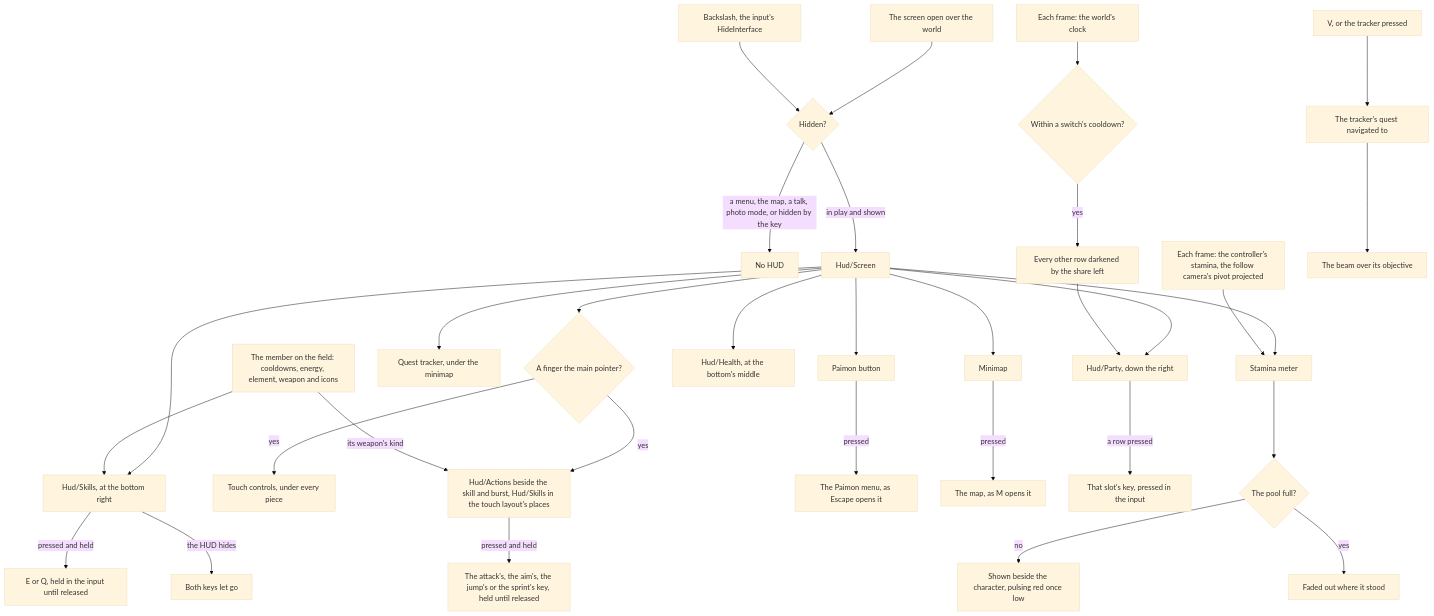
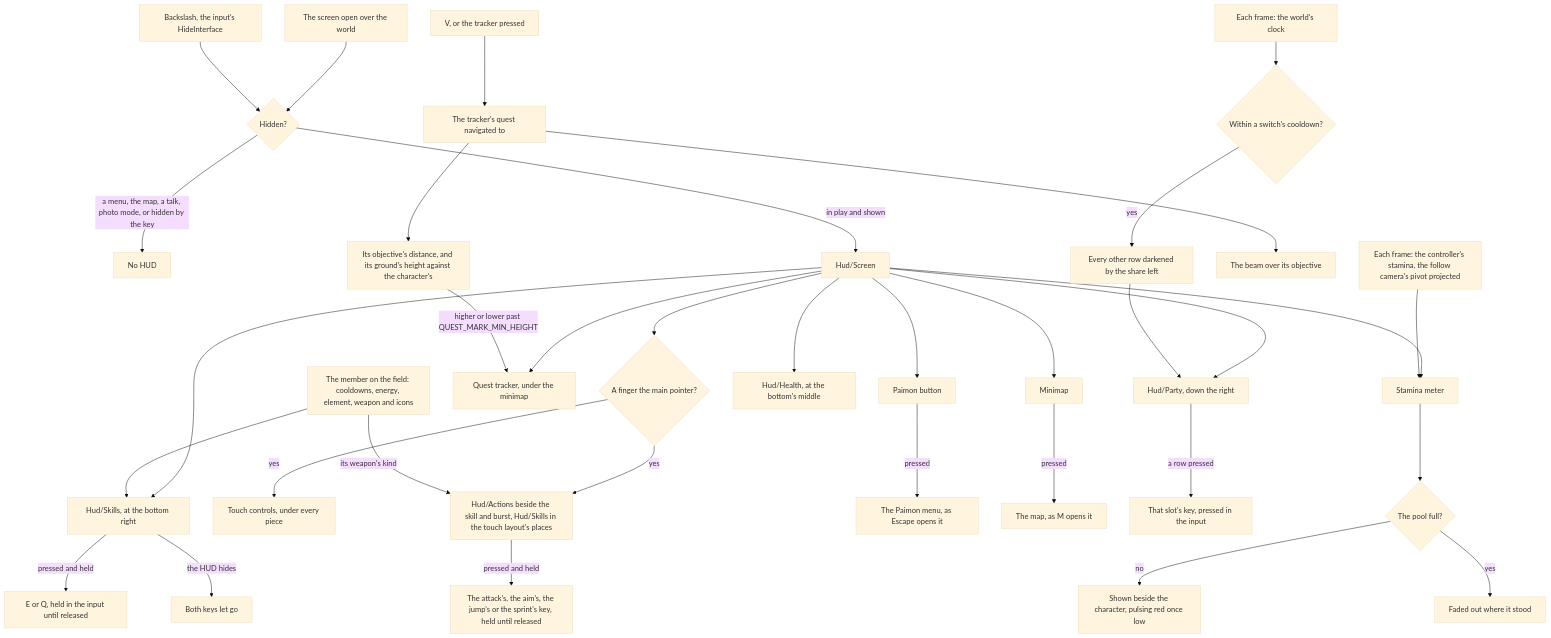
One commit to Esposter/Esposter changed the diagram in apps/web/content/docs/genshin/hud.md. Above: the diagram before and after it, drawn with Mermaid (base theme). The commit also changed other lines of this file and 41 other files, not shown here.

First line of the commit message:
feat(genshin-world): the quest tracker's line names the navigated objective's distance, Higher or Lower after an arrowhead, its height read off the world's ground

````diff
--- a/apps/web/content/docs/genshin/hud.md
+++ b/apps/web/content/docs/genshin/hud.md
@@ -23,34 +23,36 @@
 ```mermaid
 flowchart TD
   KIND["The screen open over the world"] --> HIDDEN{"Hidden?"}
   KEY["Backslash, the input's HideInterface"] --> HIDDEN
   HIDDEN -->|"a menu, the map, a talk, photo mode, or hidden by the key"| NONE["No HUD"]
   HIDDEN -->|"in play and shown"| HUD["Hud/Screen"]
   HUD --> PB["Paimon button"]
   HUD --> MINI["Minimap"]
   HUD --> TRACKER["Quest tracker, under the minimap"]
   HUD --> PARTY["Hud/Party, down the right"]
   HUD --> HEALTH["Hud/Health, at the bottom's middle"]
   HUD --> SKILLS["Hud/Skills, at the bottom right"]
   FIELD["The member on the field: cooldowns, energy, element, weapon and icons"] --> SKILLS
   SKILLS -->|"pressed and held"| KEYS["E or Q, held in the input until released"]
   SKILLS -->|"the HUD hides"| RELEASE["Both keys let go"]
   HUD --> STAMINA["Stamina meter"]
   HUD --> TOUCH{"A finger the main pointer?"}
   TOUCH -->|"yes"| CONTROLS["Touch controls, under every piece"]
   TOUCH -->|"yes"| ACTIONS["Hud/Actions beside the skill and burst, Hud/Skills in the touch layout's places"]
   ACTIONS -->|"pressed and held"| ACTION_KEYS["The attack's, the aim's, the jump's or the sprint's key, held until released"]
   FIELD -->|"its weapon's kind"| ACTIONS
   PB -->|"pressed"| MENU["The Paimon menu, as Escape opens it"]
   MINI -->|"pressed"| MAP["The map, as M opens it"]
   CLOCK["Each frame: the world's clock"] --> SWITCH{"Within a switch's cooldown?"}
   SWITCH -->|"yes"| DARK["Every other row darkened by the share left"]
   DARK --> PARTY
   PARTY -->|"a row pressed"| SLOT["That slot's key, pressed in the input"]
   FRAME["Each frame: the controller's stamina, the follow camera's pivot projected"] --> STAMINA
   STAMINA --> FULL{"The pool full?"}
   FULL -->|"no"| SHOWN["Shown beside the character, pulsing red once low"]
   FULL -->|"yes"| FADE["Faded out where it stood"]
   V["V, or the tracker pressed"] --> NAVIGATE["The tracker's quest navigated to"]
   NAVIGATE --> BEAM["The beam over its objective"]
+  NAVIGATE --> MARK["Its objective's distance, and its ground's height against the character's"]
+  MARK -->|"higher or lower past QUEST_MARK_MIN_HEIGHT"| TRACKER
 ```
````
